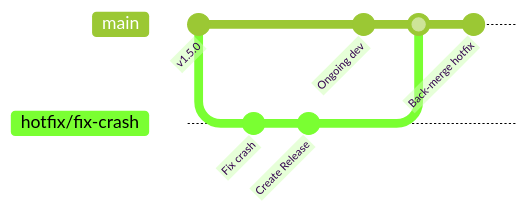
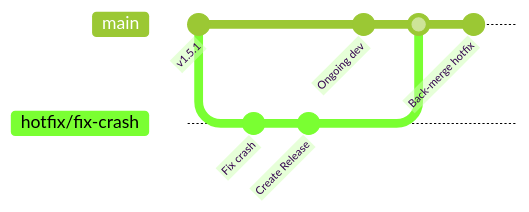
One commit to PlainsightAI/openfilter changed the second of 2 diagrams in CONTRIBUTING.md. Above: the diagram before and after it, drawn with Mermaid (forest theme). The commit also changed other lines of this file and 7 other files, not shown here.

````diff
--- a/CONTRIBUTING.md
+++ b/CONTRIBUTING.md
@@ -397,12 +397,12 @@
 ```mermaid
 gitGraph
-   commit id: "v1.5.0"
+   commit id: "v1.5.1"
    branch hotfix/fix-crash
    commit id: "Fix crash"
    commit id: "Create Release"
    checkout main
    commit id: "Ongoing dev"
    merge hotfix/fix-crash
    commit id: "Back-merge hotfix"
 
 ```
````
